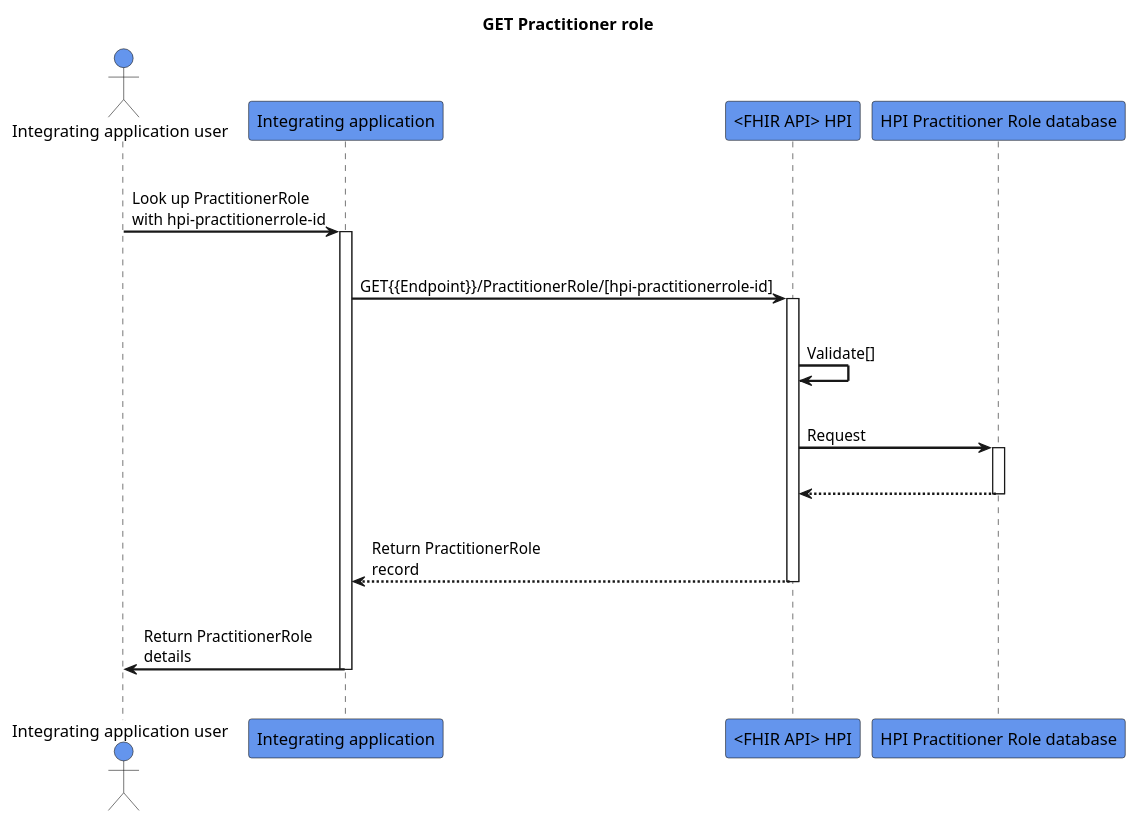
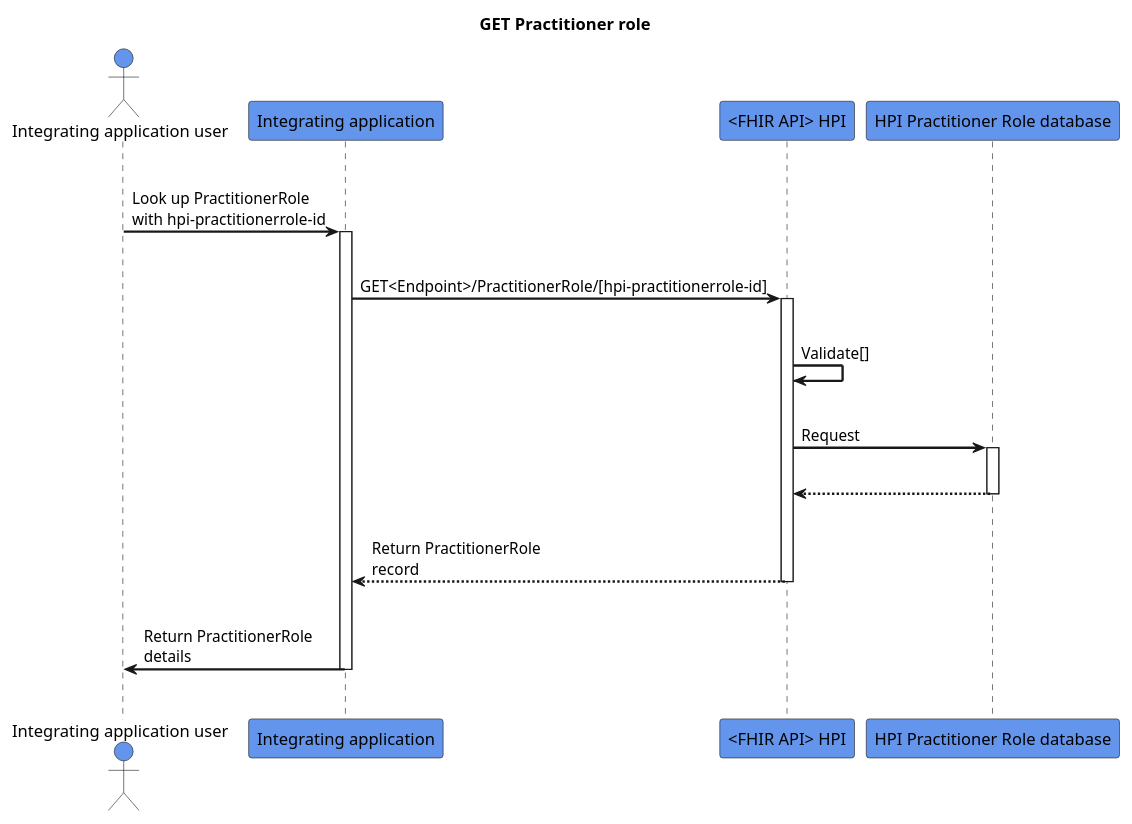
One commit to HL7NZ/hpi changed the diagram in input/images-source/get-practitionerrole.plantuml. Above: the diagram before and after it, drawn with PlantUML.

```diff
--- a/input/images-source/get-practitionerrole.plantuml
+++ b/input/images-source/get-practitionerrole.plantuml
@@ -1,32 +1,32 @@
 @startuml
 skinparam sequenceArrowThickness 2
 skinparam roundcorner 5
 skinparam maxmessagesize 180
 skinparam sequenceParticipant bold
 title GET Practitioner role
 actor "Integrating application user" as User #CornflowerBlue
 participant "Integrating application" as A #CornflowerBlue
 participant "<FHIR API> HPI" as B #CornflowerBlue
 participant "HPI Practitioner Role database" as C #CornflowerBlue
 |||
 User -> A: Look up PractitionerRole with hpi-practitionerrole-id
 activate A
 |||
-A -> B: GET{{Endpoint}}/PractitionerRole/[hpi-practitionerrole-id]
+A -> B: GET<Endpoint>/PractitionerRole/[hpi-practitionerrole-id]
 activate B
 |||
 B -> B: Validate[]
 |||
 B -> C: Request
 activate C
 |||
 C -[dashed]-> B:  
 deactivate C
 |||
 B -[dashed]-> A:Return PractitionerRole record
 deactivate B
 |||
 A -> User: Return PractitionerRole details
 deactivate A
 |||
 @endumlp
```
